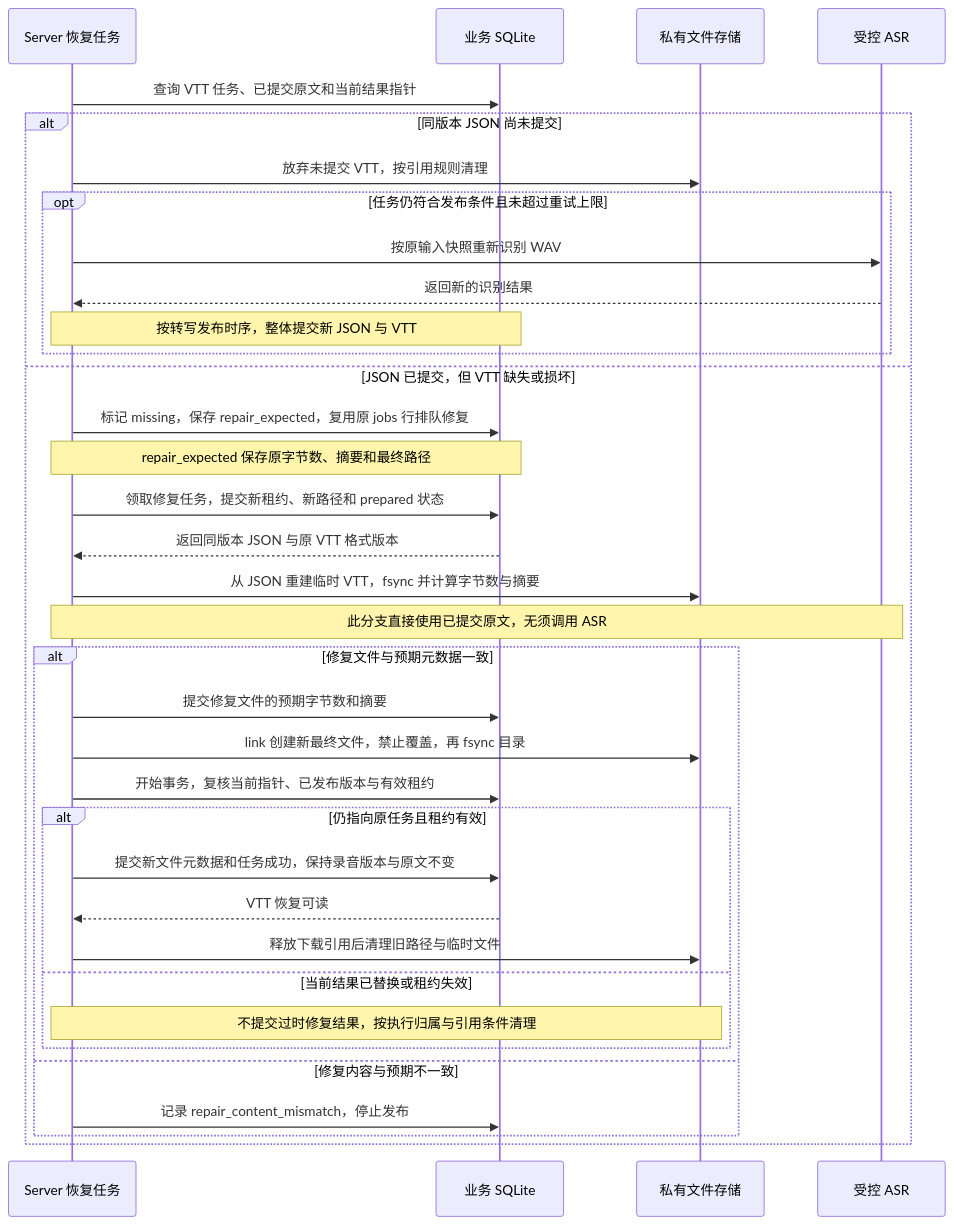
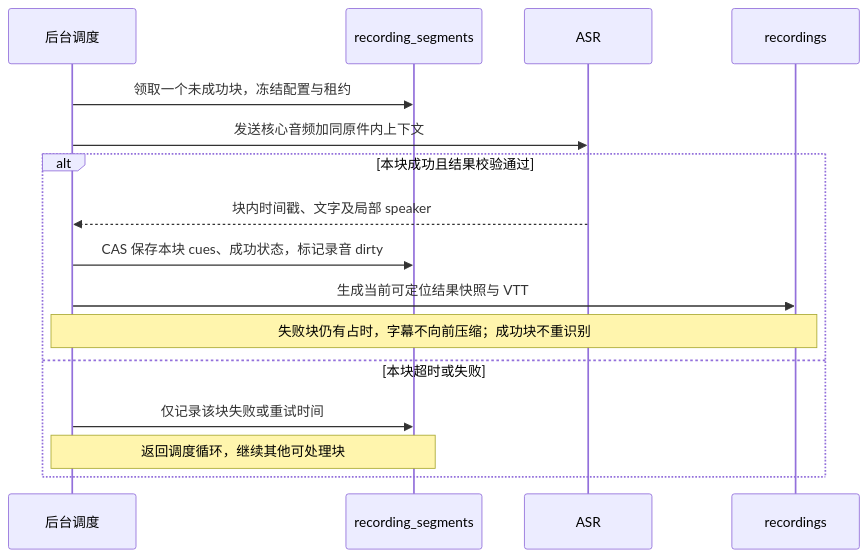
One commit to boboliu-1010/speaker changed the second of 2 diagrams in docs/audio-processing.md. Above: the diagram before and after it, drawn with Mermaid. The commit also changed other lines of this file and 6 other files, not shown here.

````diff
--- a/docs/audio-processing.md
+++ b/docs/audio-processing.md
@@ -523,37 +213,18 @@
 ```mermaid
 sequenceDiagram
-    participant W as Server 恢复任务
-    participant B as 业务 SQLite
-    participant F as 私有文件存储
-    participant A as 受控 ASR
-    W->>B: 查询 VTT 任务、已提交原文和当前结果指针
-    alt 同版本 JSON 尚未提交
-        W->>F: 放弃未提交 VTT，按引用规则清理
-        opt 任务仍符合发布条件且未超过重试上限
-            W->>A: 按原输入快照重新识别 WAV
-            A-->>W: 返回新的识别结果
-            Note over W,B: 按转写发布时序，整体提交新 JSON 与 VTT
-        end
-    else JSON 已提交，但 VTT 缺失或损坏
-        W->>B: 标记 missing，保存 repair_expected，复用原 jobs 行排队修复
-        Note over W,B: repair_expected 保存原字节数、摘要和最终路径
-        W->>B: 领取修复任务，提交新租约、新路径和 prepared 状态
-        B-->>W: 返回同版本 JSON 与原 VTT 格式版本
-        W->>F: 从 JSON 重建临时 VTT，fsync 并计算字节数与摘要
-        Note over W,A: 此分支直接使用已提交原文，无须调用 ASR
-        alt 修复文件与预期元数据一致
-            W->>B: 提交修复文件的预期字节数和摘要
-            W->>F: link 创建新最终文件，禁止覆盖，再 fsync 目录
-            W->>B: 开始事务，复核当前指针、已发布版本与有效租约
-            alt 仍指向原任务且租约有效
-                W->>B: 提交新文件元数据和任务成功，保持录音版本与原文不变
-                B-->>W: VTT 恢复可读
-                W->>F: 释放下载引用后清理旧路径与临时文件
-            else 当前结果已替换或租约失效
-                Note over W,F: 不提交过时修复结果，按执行归属与引用条件清理
-            end
-        else 修复内容与预期不一致
-            W->>B: 记录 repair_content_mismatch，停止发布
-        end
+    participant W as 后台调度
+    participant S as recording_segments
+    participant A as ASR
+    participant R as recordings
+    W->>S: 领取一个未成功块，冻结配置与租约
+    W->>A: 发送核心音频加同原件内上下文
+    alt 本块成功且结果校验通过
+        A-->>W: 块内时间戳、文字及局部 speaker
+        W->>S: CAS 保存本块 cues、成功状态，标记录音 dirty
+        W->>R: 生成当前可定位结果快照与 VTT
+        Note over W,R: 失败块仍有占时，字幕不向前压缩；成功块不重识别
+    else 本块超时或失败
+        W->>S: 仅记录该块失败或重试时间
+        Note over W,S: 返回调度循环，继续其他可处理块
     end
 ```
````
